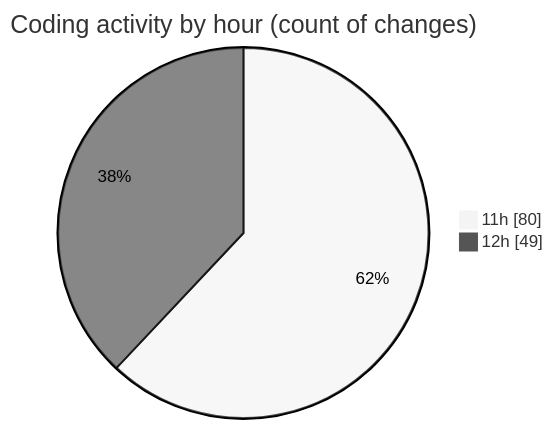
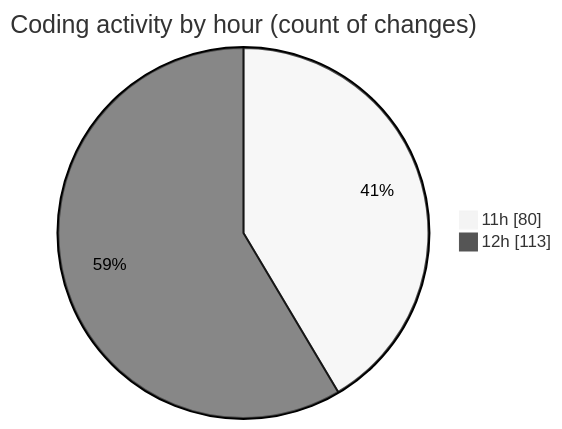
Before and after one commit to nxtqubesakshisongat/code-tracking: the second of 2 diagrams in 2025-04-19/nxtqube_webapp/README.md, drawn with Mermaid (neutral theme). The commit also changed other lines of this file and 1 other file, not shown here.

````diff
--- a/2025-04-19/nxtqube_webapp/README.md
+++ b/2025-04-19/nxtqube_webapp/README.md
@@ -34,6 +36,6 @@
 ```mermaid
 pie showData
 title Coding activity by hour (count of changes)
 "11h" : 80
-"12h" : 49
+"12h" : 113
 ```
````
